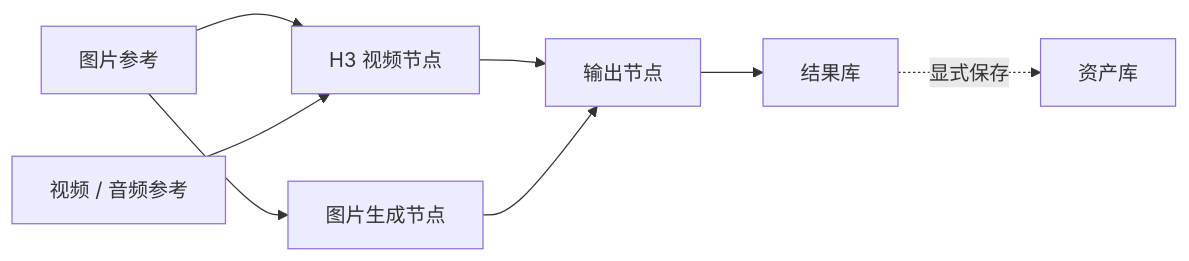
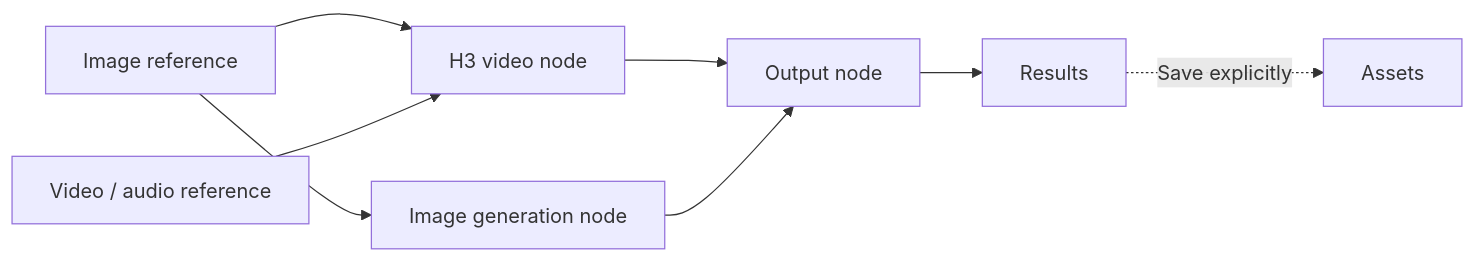
One commit to siyuan-liu31/h3-studio changed the first of 2 diagrams in README.md. Above: the diagram before and after it, drawn with Mermaid. The commit also changed other lines of this file and 36 other files, not shown here.

````diff
--- a/README.md
+++ b/README.md
@@ -31,10 +40,10 @@
 ```mermaid
 flowchart LR
-  P[图片参考] --> V[H3 视频节点]
-  M[视频 / 音频参考] --> V
-  P --> I[图片生成节点]
-  V --> O[输出节点]
+  P[Image reference] --> V[H3 video node]
+  M[Video / audio reference] --> V
+  P --> I[Image generation node]
+  V --> O[Output node]
   I --> O
-  O --> R[结果库]
-  R -. 显式保存 .-> A[资产库]
+  O --> R[Results]
+  R -. Save explicitly .-> A[Assets]
 ```
````
